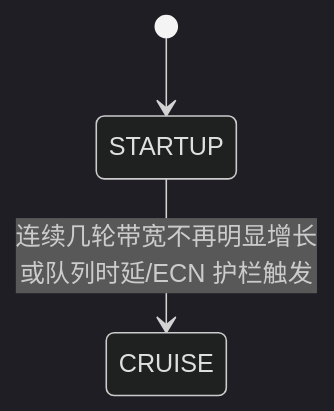
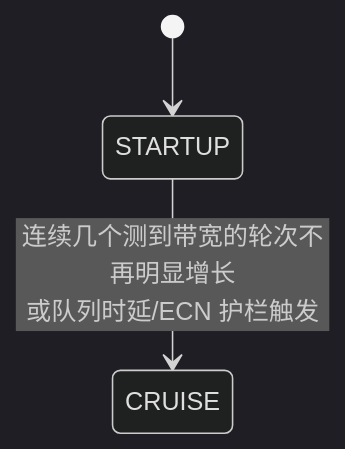
Before and after one commit to CYBERVERSE-Research/skyline-speeder: the second of 2 diagrams in docs/03-design.md, drawn with Mermaid (dark theme). The commit also changed other lines of this file and 6 other files, not shown here.

````diff
--- a/docs/03-design.md
+++ b/docs/03-design.md
@@ -230,5 +231,5 @@
 ```mermaid
 stateDiagram-v2
     [*] --> STARTUP
-    STARTUP --> CRUISE: 连续几轮带宽不再明显增长<br/>或队列时延/ECN 护栏触发
+    STARTUP --> CRUISE: 连续几个测到带宽的轮次不再明显增长<br/>或队列时延/ECN 护栏触发
 ```
````
